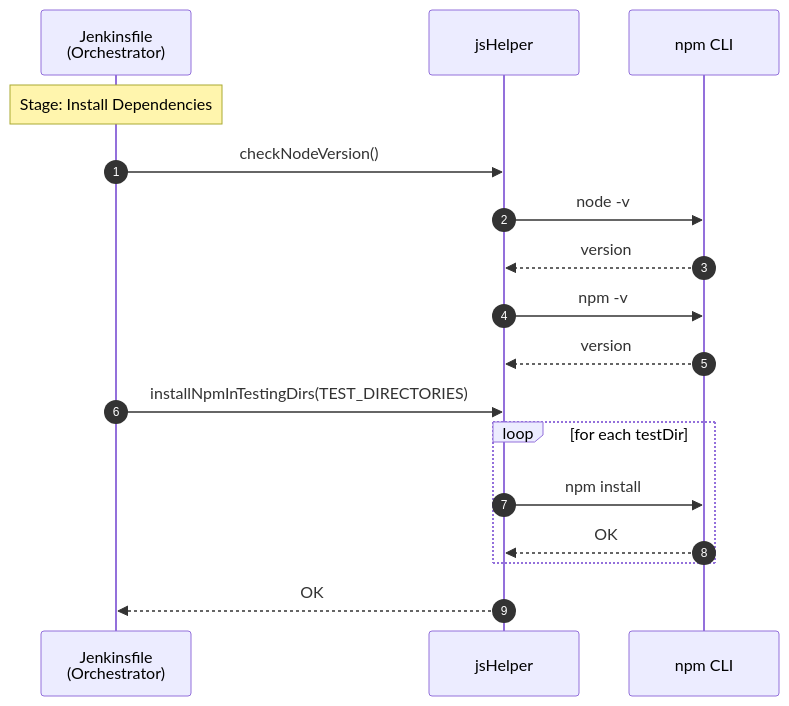
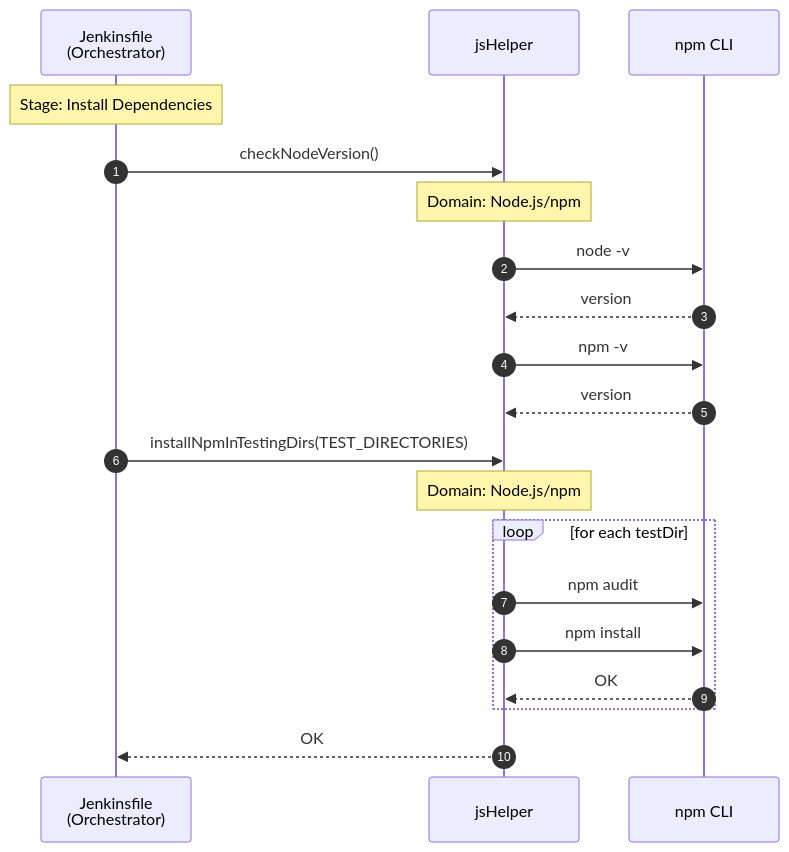
One commit to JindoKimKor/Self-Binnacle changed the third of 7 diagrams in Voyages/Projects/VARLab-work-transfer/portfolios/devops-jenkins-linux/4-layer-architecture-and-logger-system-integration/problem-analysis/pipeline-sequence-diagrams/js-ci.md. Above: the diagram before and after it, drawn with Mermaid. The commit also changed other lines of this file and 55 other files, not shown here.

First line of the commit message:
refactor(4-layer-architecture): Standardize analysis document naming and format

````diff
--- a/Voyages/Projects/VARLab-work-transfer/portfolios/devops-jenkins-linux/4-layer-architecture-and-logger-system-integration/problem-analysis/pipeline-sequence-diagrams/js-ci.md
+++ b/Voyages/Projects/VARLab-work-transfer/portfolios/devops-jenkins-linux/4-layer-architecture-and-logger-system-integration/problem-analysis/pipeline-sequence-diagrams/js-ci.md
@@ -135,23 +153,26 @@
 ```mermaid
 sequenceDiagram
     autonumber
 
     participant JF as Jenkinsfile<br/>(Orchestrator)
     participant JSH as jsHelper
     participant NPM as npm CLI
 
     Note over JF: Stage: Install Dependencies
 
     JF->>JSH: checkNodeVersion()
+    Note over JSH: Domain: Node.js/npm
     JSH->>NPM: node -v
     NPM-->>JSH: version
     JSH->>NPM: npm -v
     NPM-->>JSH: version
 
     JF->>JSH: installNpmInTestingDirs(TEST_DIRECTORIES)
+    Note over JSH: Domain: Node.js/npm
     loop for each testDir
+        JSH->>NPM: npm audit
         JSH->>NPM: npm install
         NPM-->>JSH: OK
     end
     JSH-->>JF: OK
 ```
````
